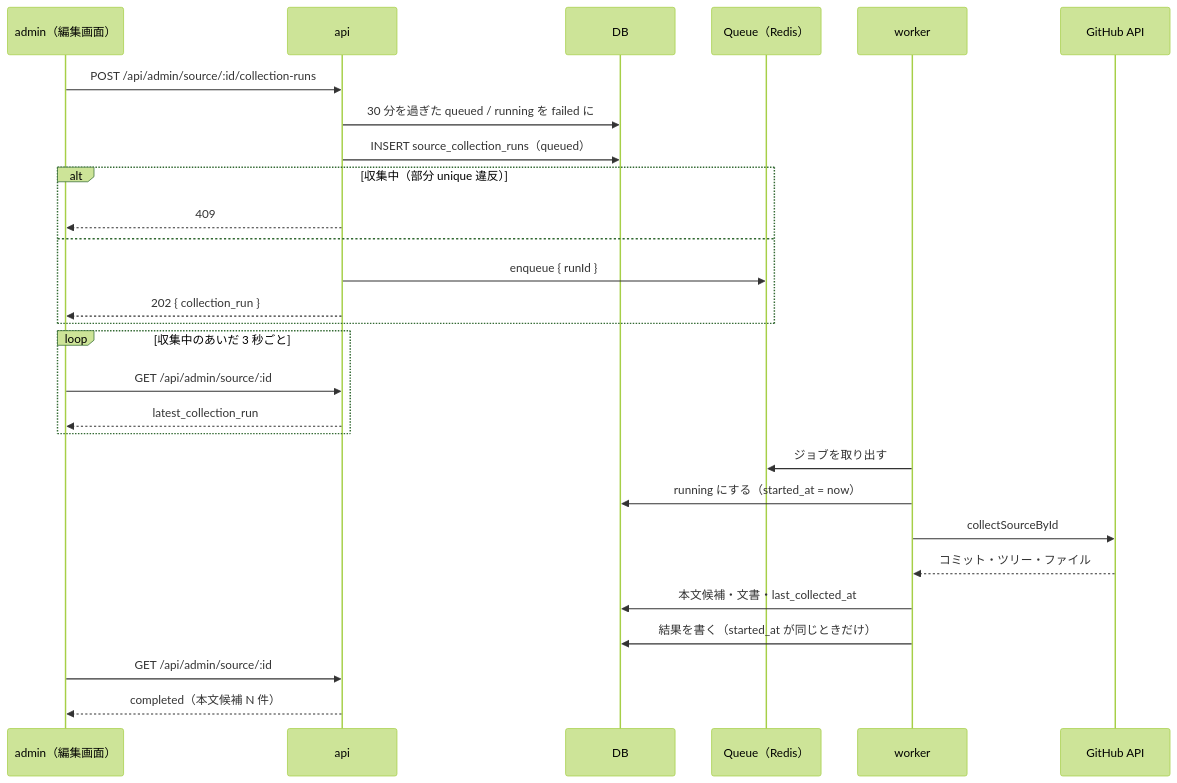
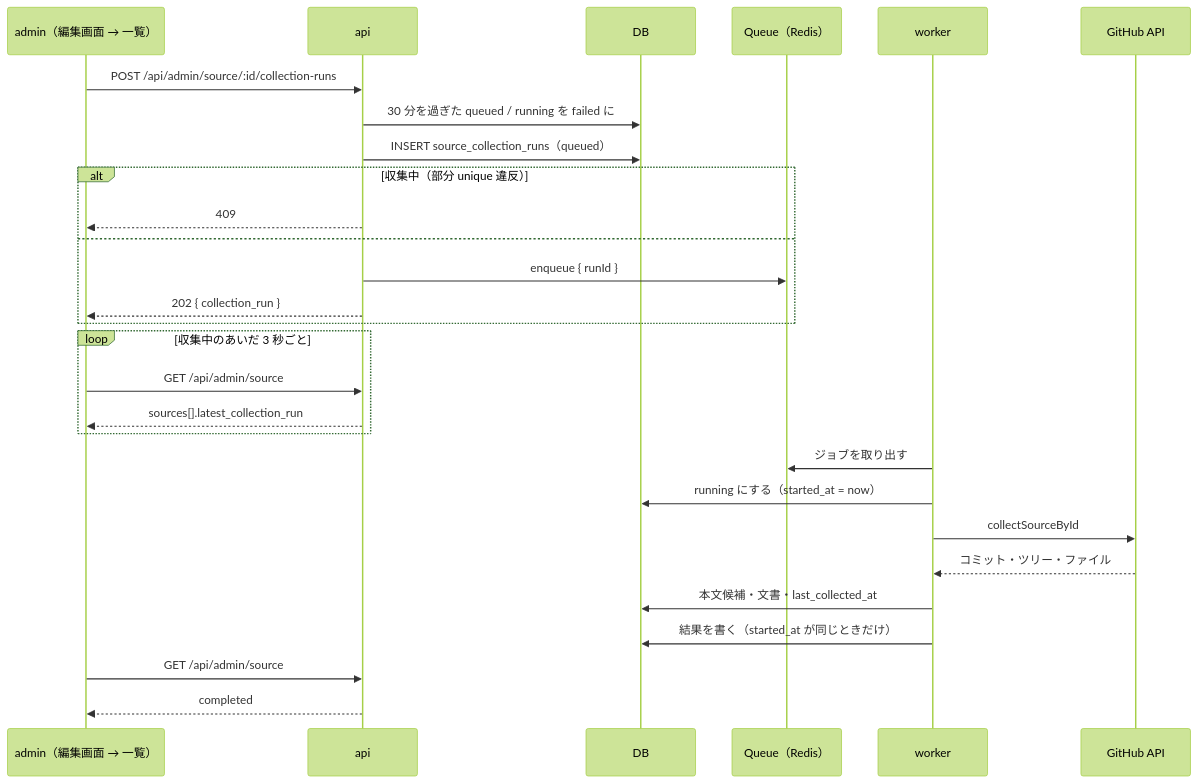
The second of 2 diagrams in docs/spec/manual-collection/README.md (kentakki416/tech-english), drawn with Mermaid (forest theme) before and after one commit. The commit also changed other lines of this file and 27 other files, not shown here.

````diff
--- a/docs/spec/manual-collection/README.md
+++ b/docs/spec/manual-collection/README.md
@@ -233,31 +237,31 @@
 ```mermaid
 sequenceDiagram
-    participant A as admin（編集画面）
+    participant A as admin（編集画面 → 一覧）
     participant API as api
     participant DB as DB
     participant Q as Queue（Redis）
     participant W as worker
     participant GH as GitHub API
 
     A->>API: POST /api/admin/source/:id/collection-runs
     API->>DB: 30 分を過ぎた queued / running を failed に
     API->>DB: INSERT source_collection_runs（queued）
     alt 収集中（部分 unique 違反）
         API-->>A: 409
     else
         API->>Q: enqueue { runId }
         API-->>A: 202 { collection_run }
     end
     loop 収集中のあいだ 3 秒ごと
-        A->>API: GET /api/admin/source/:id
-        API-->>A: latest_collection_run
+        A->>API: GET /api/admin/source
+        API-->>A: sources[].latest_collection_run
     end
     W->>Q: ジョブを取り出す
     W->>DB: running にする（started_at = now）
     W->>GH: collectSourceById
     GH-->>W: コミット・ツリー・ファイル
     W->>DB: 本文候補・文書・last_collected_at
     W->>DB: 結果を書く（started_at が同じときだけ）
-    A->>API: GET /api/admin/source/:id
-    API-->>A: completed（本文候補 N 件）
+    A->>API: GET /api/admin/source
+    API-->>A: completed
 ```
````
